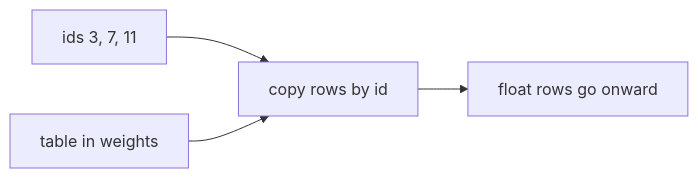
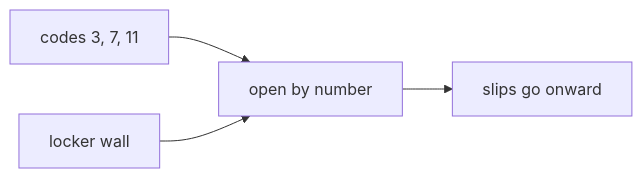
One commit to chaxus/arche changed the diagram in web/src/content/beginner/en/embedding.md. Above: the diagram before and after it, drawn with Mermaid. The commit also changed other lines of this file and 4 other files, not shown here.

````diff
--- a/web/src/content/beginner/en/embedding.md
+++ b/web/src/content/beginner/en/embedding.md
@@ -33,6 +44,6 @@
 ```mermaid
 flowchart LR
-  ids["ids 3, 7, 11"] --> copy[copy rows by id]
-  table[table in weights] --> copy
-  copy --> nums[float rows go onward]
+  code["codes 3, 7, 11"] --> open[open by number]
+  wall[locker wall] --> open
+  open --> slips[slips go onward]
 ```
````
